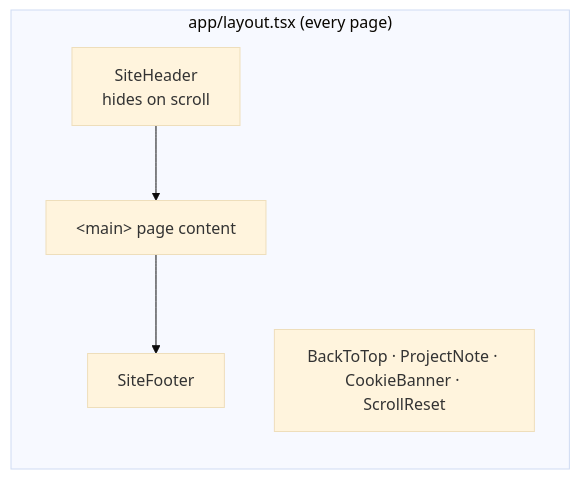
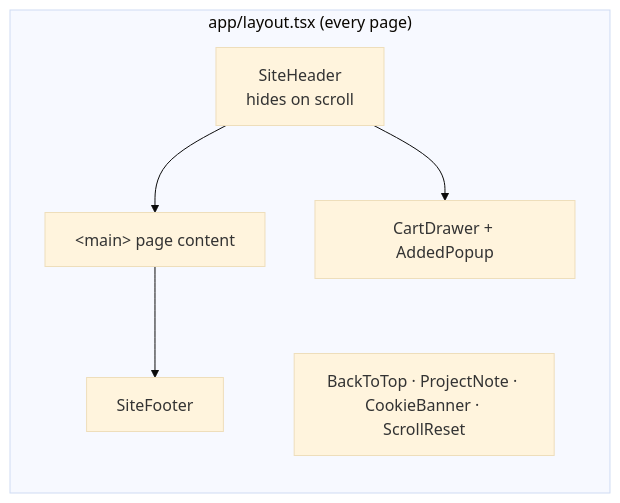
The fourth of 5 diagrams in README.md (AmaanAli1/rep-theory), drawn with Mermaid (base theme) before and after one commit. The commit also changed other lines of this file, not shown here.

````diff
--- a/README.md
+++ b/README.md
@@ -143,9 +207,10 @@
 ```mermaid
 flowchart TB
     subgraph Layout["app/layout.tsx (every page)"]
         direction TB
         Header["SiteHeader<br/>hides on scroll"] --> Main["&lt;main&gt; page content"]
         Main --> Footer["SiteFooter"]
+        Header --> Drawer["CartDrawer + AddedPopup"]
         Floating["BackToTop · ProjectNote · CookieBanner · ScrollReset"]
     end
 ```
````
